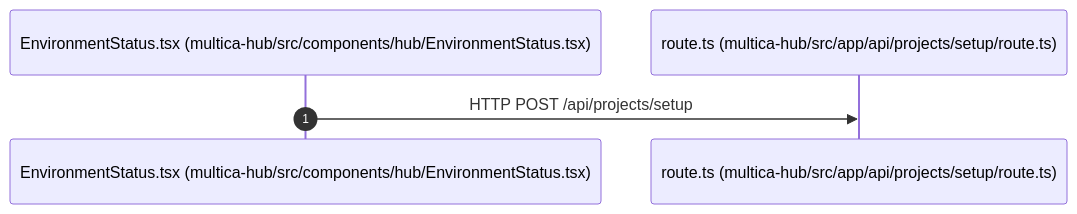
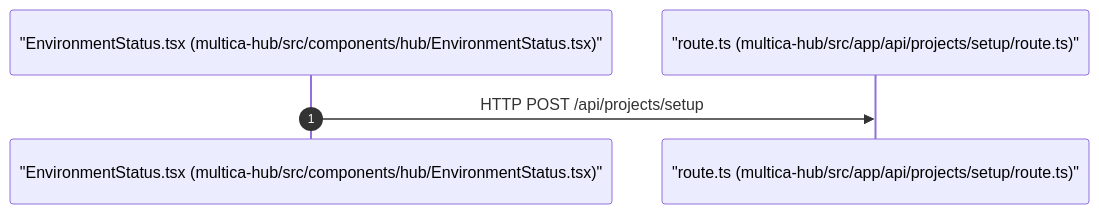
The diagram in docs/architecture/flows/POST-_api_projects_setup.md (buiphucminhtam/forgewright), drawn with Mermaid before and after one commit. The commit also changed other lines of this file and 5 other files, not shown here.

Commit message:
fix(diagram): mandate Mermaid for all sequence diagrams and fix parser labels

````diff
--- a/docs/architecture/flows/POST-_api_projects_setup.md
+++ b/docs/architecture/flows/POST-_api_projects_setup.md
@@ -6,8 +6,8 @@
 ```mermaid
 sequenceDiagram
     autonumber
-    participant multica_hub_src_components_hub_EnvironmentStatus_tsx as EnvironmentStatus.tsx (multica-hub/src/components/hub/EnvironmentStatus.tsx)
-    participant multica_hub_src_app_api_projects_setup_route_ts as route.ts (multica-hub/src/app/api/projects/setup/route.ts)
+    participant multica_hub_src_components_hub_EnvironmentStatus_tsx as "EnvironmentStatus.tsx (multica-hub/src/components/hub/EnvironmentStatus.tsx)"
+    participant multica_hub_src_app_api_projects_setup_route_ts as "route.ts (multica-hub/src/app/api/projects/setup/route.ts)"
 
     multica_hub_src_components_hub_EnvironmentStatus_tsx->>multica_hub_src_app_api_projects_setup_route_ts: HTTP POST /api/projects/setup
 ```
````
